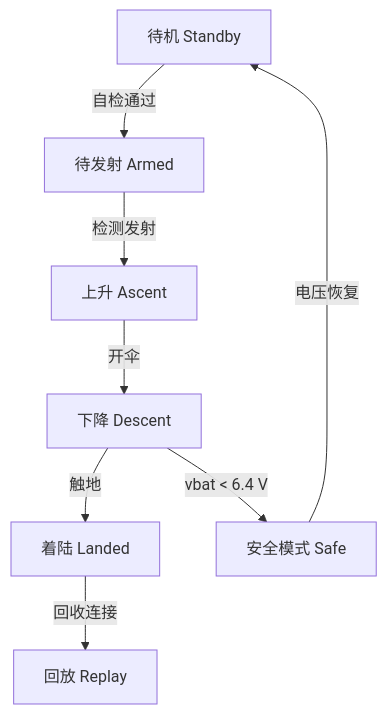
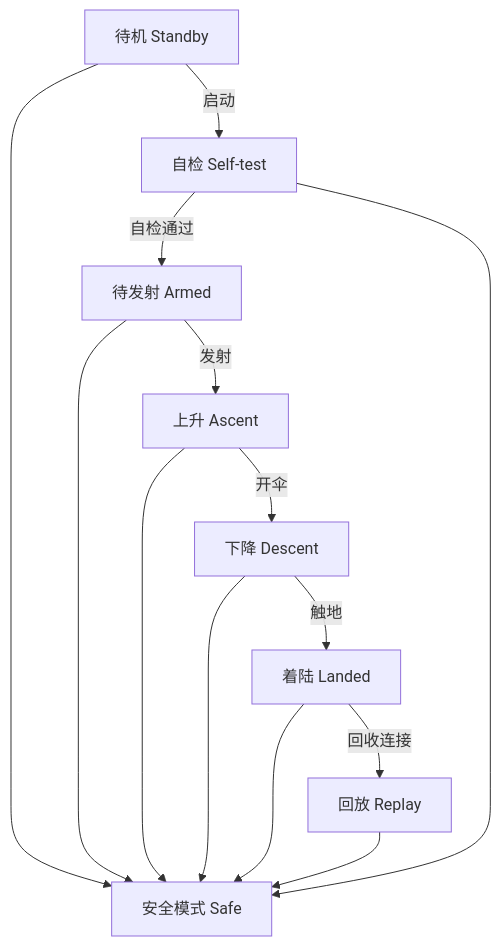
One commit to xiguadong/dgraph changed the diagram in examples/state-machine/semantic/output/diagram.mmd. Above: the diagram before and after it, drawn with Mermaid. The commit also changed 474 other files, not shown here.

Commit message:
Repair lesson2 diagram semantics and validation

```diff
--- a/examples/state-machine/semantic/output/diagram.mmd
+++ b/examples/state-machine/semantic/output/diagram.mmd
@@ -1,15 +1,22 @@
 flowchart TD
   standby["待机 Standby"]
   armed["待发射 Armed"]
   ascent["上升 Ascent"]
   descent["下降 Descent"]
   landed["着陆 Landed"]
   replay["回放 Replay"]
   safe["安全模式 Safe"]
-  standby -->|自检通过| armed
-  armed -->|检测发射| ascent
+  selftest["自检 Self-test"]
+  standby -->|启动| selftest
+  selftest -->|自检通过| armed
+  armed -->|发射| ascent
   ascent -->|开伞| descent
   descent -->|触地| landed
   landed -->|回收连接| replay
-  descent -->|vbat < 6.4 V| safe
-  safe -->|电压恢复| standby
+  standby --> safe
+  armed --> safe
+  ascent --> safe
+  descent --> safe
+  landed --> safe
+  replay --> safe
+  selftest --> safe
```
